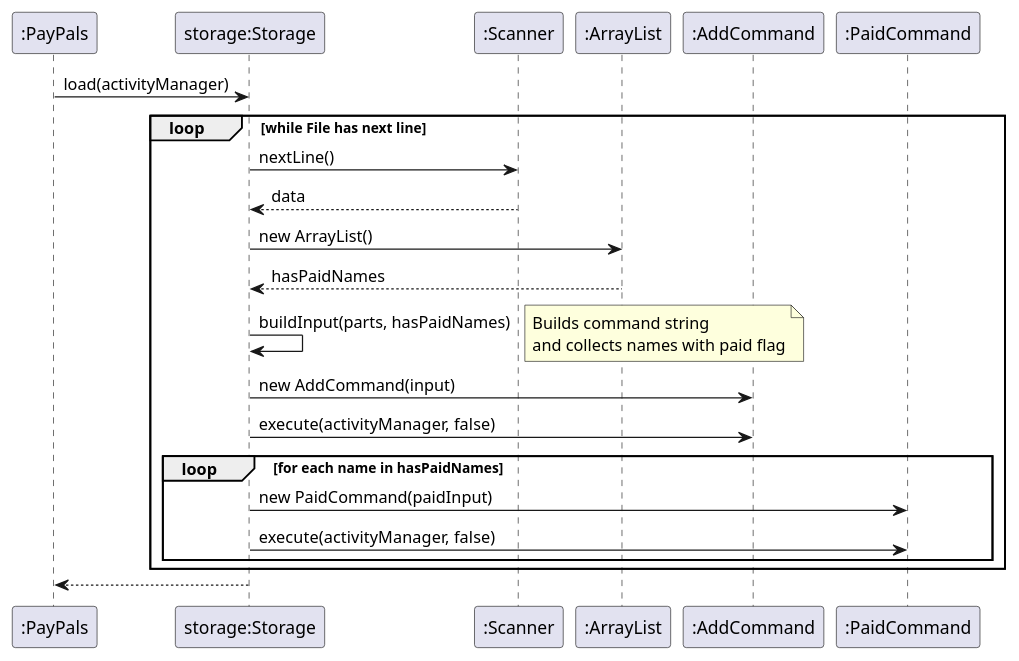
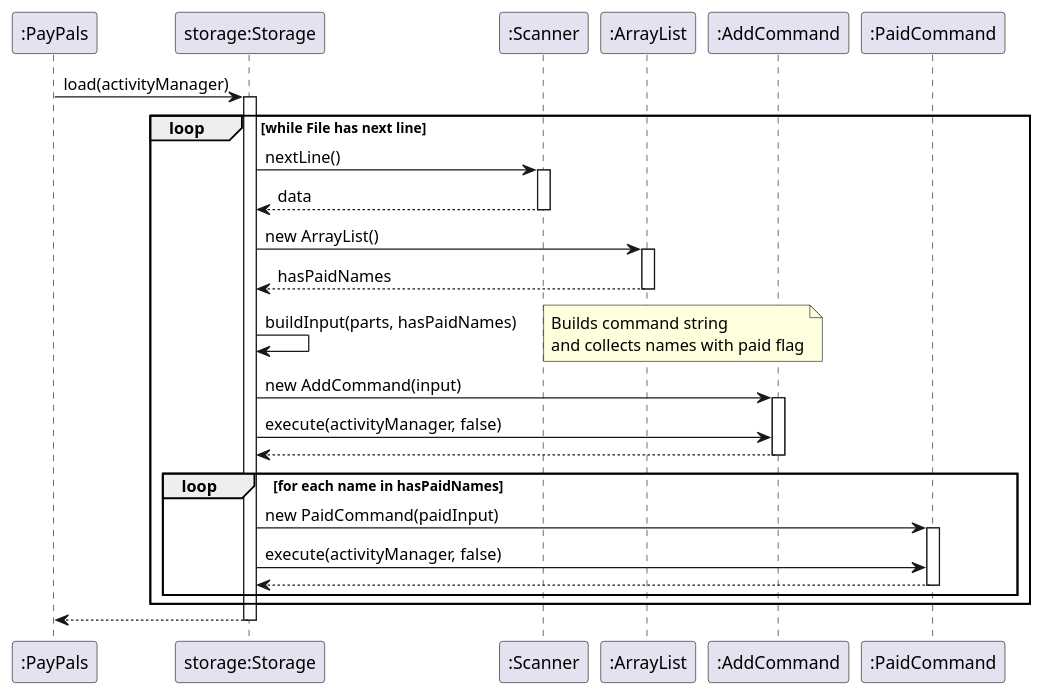
Before and after one commit to jing-yen/tp: the diagram in docs/diagrams/StorageLoad.puml, drawn with PlantUML. The commit also changed 5 other files, not shown here.

```diff
--- a/docs/diagrams/StorageLoad.puml
+++ b/docs/diagrams/StorageLoad.puml
@@ -1,29 +1,46 @@
 @startuml
 
 participant ":PayPals" as PP
 participant "storage:Storage" as S
 participant ":Scanner" as Sc
 participant ":ArrayList" as AL
 participant ":AddCommand" as AC
 participant ":PaidCommand" as PC
 
 PP -> S: load(activityManager)
+activate S
 loop while File has next line
 
     S -> Sc: nextLine()
+    activate Sc
+
     Sc --> S: data
+    deactivate Sc
+
     S -> AL: new ArrayList()
+    activate AL
+
     AL --> S: hasPaidNames
+    deactivate AL
+
     S -> S: buildInput(parts, hasPaidNames)
     note right: Builds command string\nand collects names with paid flag
+
     S -> AC: new AddCommand(input)
+    activate AC
     S -> AC: execute(activityManager, false)
+    AC --> S
+    deactivate AC
 
     loop for each name in hasPaidNames
         S -> PC: new PaidCommand(paidInput)
+        activate PC
         S -> PC: execute(activityManager, false)
+        PC --> S
+        deactivate PC
     end
+end
 
-end
 S --> PP
+deactivate S
 @enduml
```
